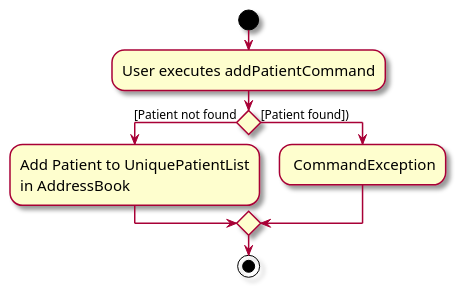
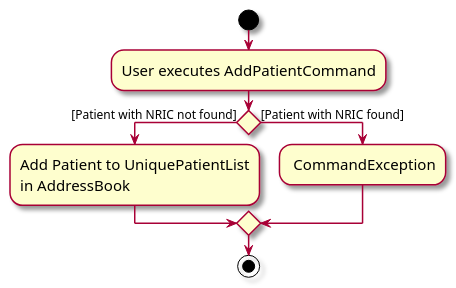
One commit to AY2324S2-CS2103T-F10-3/tp changed the diagram in diagrams/AddPatientActivityDiagram.puml. Above: the diagram before and after it, drawn with PlantUML. The commit also changed 67 other files, not shown here.

```diff
--- a/diagrams/AddPatientActivityDiagram.puml
+++ b/diagrams/AddPatientActivityDiagram.puml
@@ -1,19 +1,19 @@
 @startuml
 skin rose
 skinparam ActivityFontSize 15
 skinparam ArrowFontSize 12
 start
-:User executes addPatientCommand;
+:User executes AddPatientCommand;
 
 'Since the beta syntax does not support placing the condition outside the
 'diamond we place it as the true branch instead.
 
-if () then ([Patient not found)
+if () then ([Patient with NRIC not found])
     :Add Patient to UniquePatientList
     in AddressBook;
 
-else ([Patient found]))
+else ([Patient with NRIC found])
     : CommandException;
 endif
 stop
 @enduml
```
